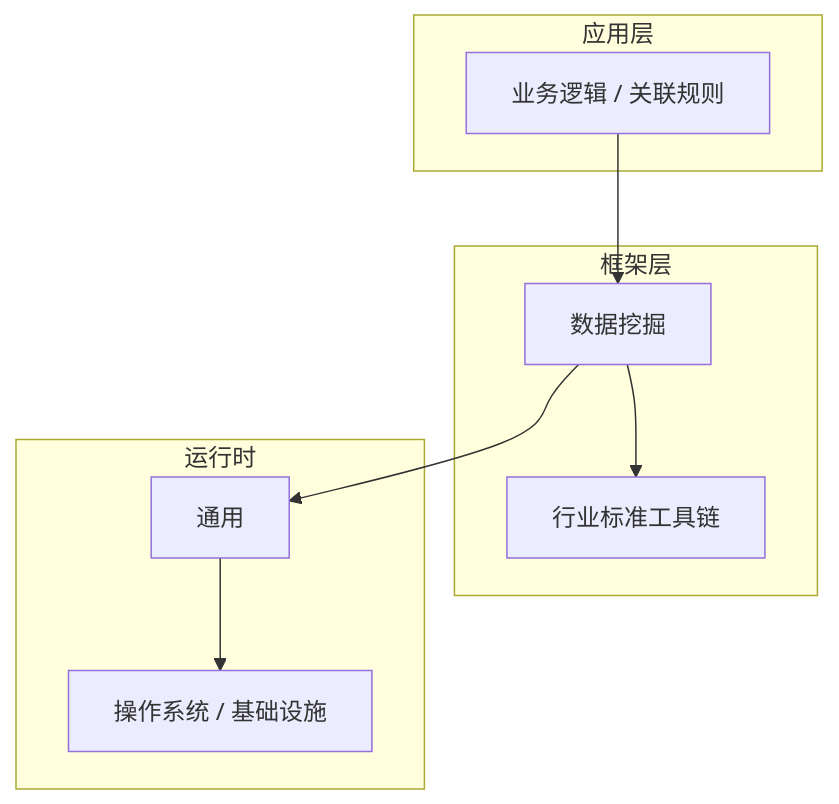
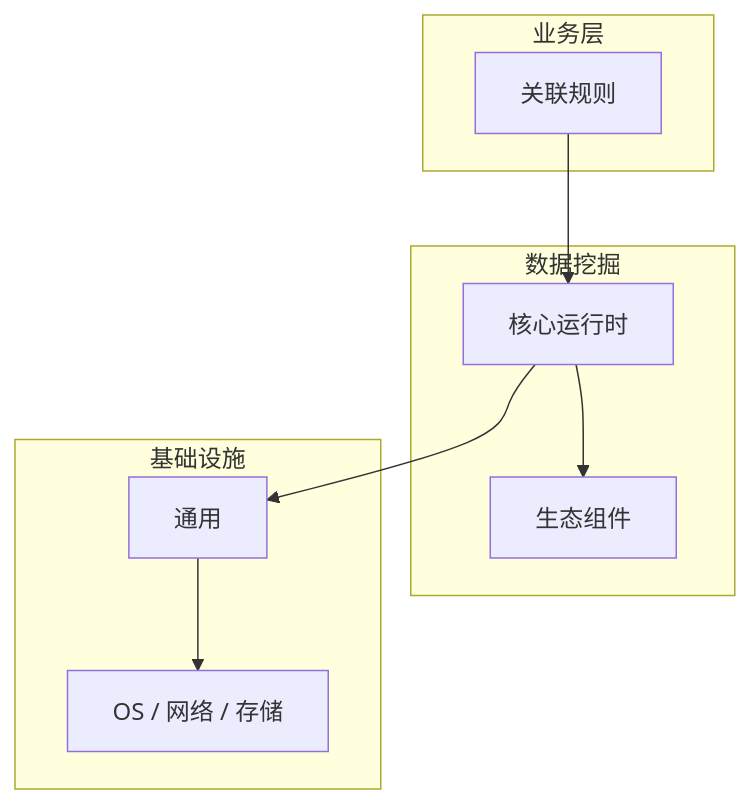
The diagram in articles/数据挖掘/chapters/013-关联规则核心概念与原理.md (yanggan2015/knowledge-json-v2), drawn with Mermaid before and after one commit. The commit also changed other lines of this file and 10127 other files, not shown here.

````diff
--- a/articles/数据挖掘/chapters/013-关联规则核心概念与原理.md
+++ b/articles/数据挖掘/chapters/013-关联规则核心概念与原理.md
@@ -45,18 +30,18 @@
 ```mermaid
 graph TB
-    subgraph 应用层
-        A[业务逻辑 / 关联规则]
+    subgraph 业务层
+        A[关联规则]
     end
-    subgraph 框架层
-        B[数据挖掘]
-        C[行业标准工具链]
+    subgraph 数据挖掘
+        B[核心运行时]
+        C[生态组件]
     end
-    subgraph 运行时
+    subgraph 基础设施
         D[通用]
-        E[操作系统 / 基础设施]
+        E[OS / 网络 / 存储]
     end
     A --> B
     B --> C
     B --> D
     D --> E
 ```
````
